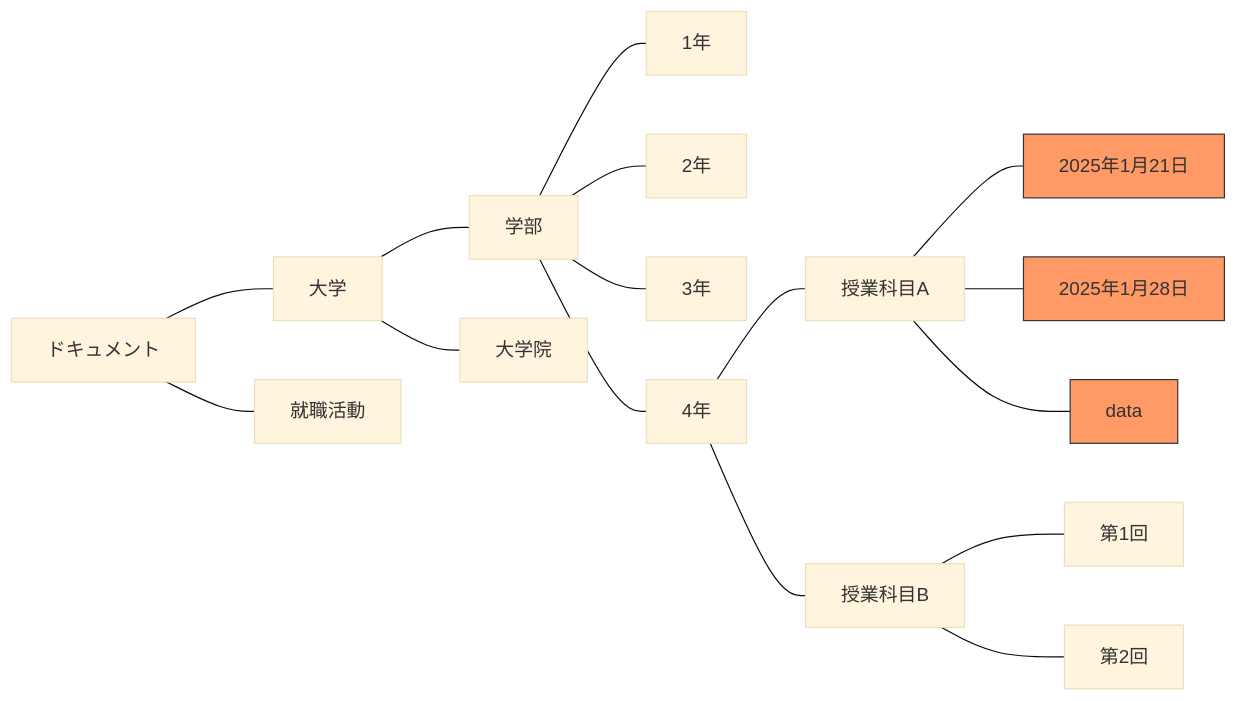
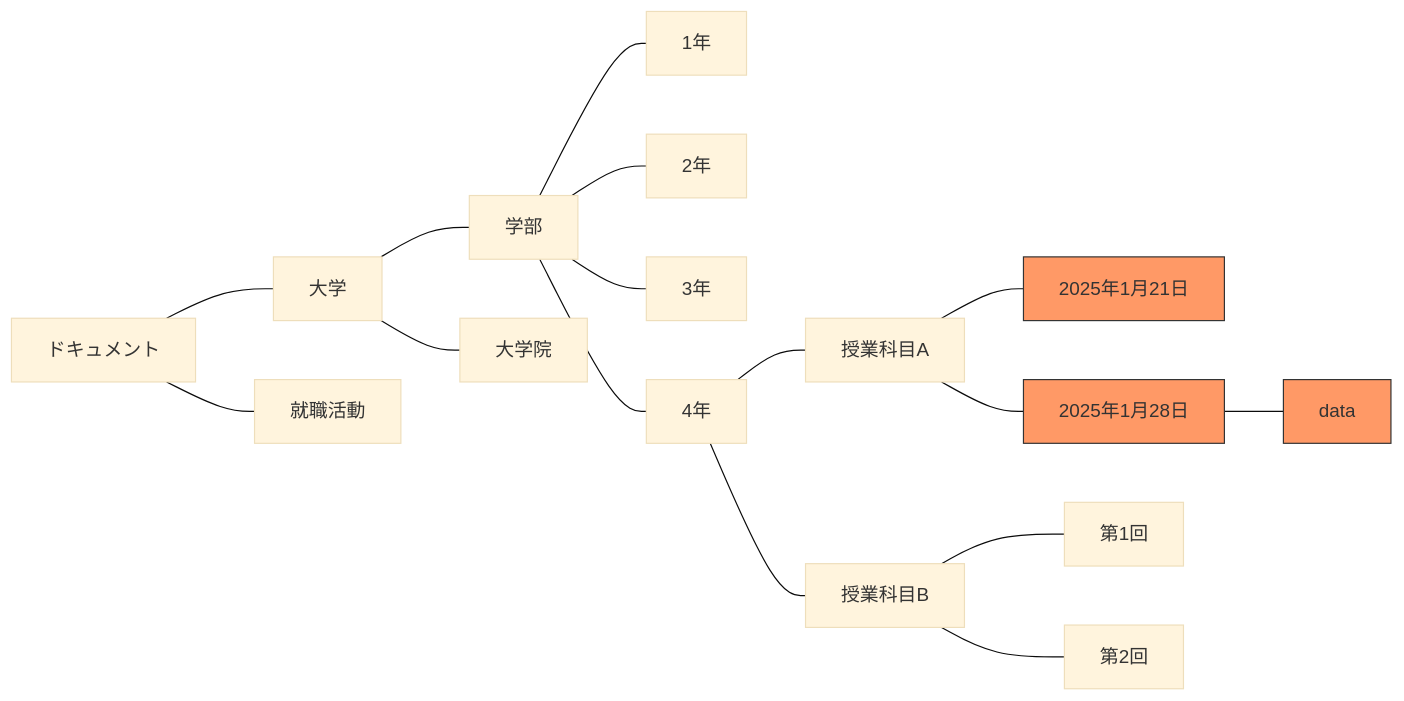
The fifth of 11 diagrams in bookdown/3_file_manipulation.Rmd (takeshinishimura/howtouseR), drawn with Mermaid (base theme) before and after one commit. The commit also changed other lines of this file and 127 other files, not shown here.

````diff
--- a/bookdown/3_file_manipulation.Rmd
+++ b/bookdown/3_file_manipulation.Rmd
@@ -112,21 +117,22 @@
 ```{mermaid}
 flowchart LR
   ドキュメント --- 大学
   ドキュメント --- 就職活動
   大学 --- 学部
   大学 --- 大学院
   学部 --- 1年
   学部 --- 2年
   学部 --- 3年
   学部 --- 4年
   4年 --- 授業科目A
   4年 --- 授業科目B
   授業科目A --- lastweek[2025年1月21日]
   授業科目A --- today[2025年1月28日]
-  授業科目A --- data
+  lastweek[2025年1月21日]
+  today[2025年1月28日] --- data
   授業科目B --- lastweek2[第1回]
   授業科目B --- today2[第2回]
   style lastweek fill:#f96,stroke:#333
   style today fill:#f96,stroke:#333
   style data fill:#f96,stroke:#333
 ```
````
